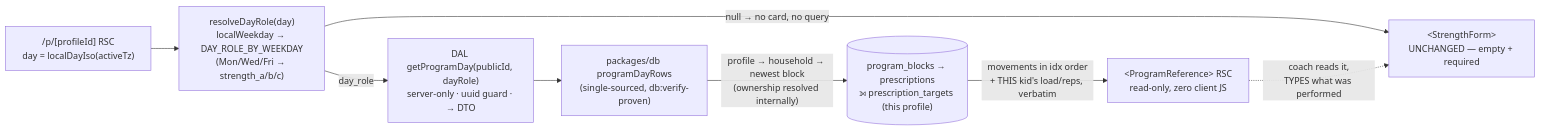
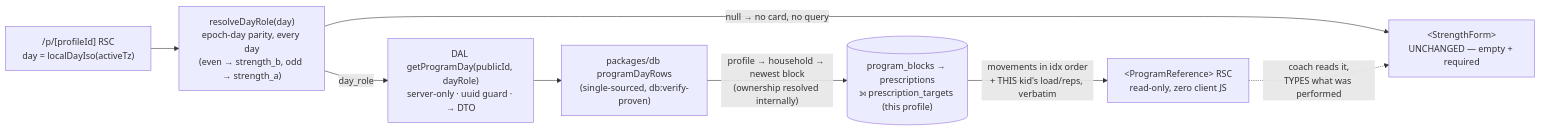
The fifth of 11 diagrams in docs/architecture.md (ralamode/mat-plan), drawn with Mermaid before and after one commit. The commit also changed other lines of this file and 8 other files, not shown here.

````diff
--- a/docs/architecture.md
+++ b/docs/architecture.md
@@ -141,18 +147,18 @@
 ```mermaid
 flowchart LR
   RSC["/p/[profileId] RSC<br/>day = localDayIso(activeTz)"]
-  SCHED["resolveDayRole(day)<br/>localWeekday → DAY_ROLE_BY_WEEKDAY<br/>(Mon/Wed/Fri → strength_a/b/c)"]
+  SCHED["resolveDayRole(day)<br/>epoch-day parity, every day<br/>(even → strength_b, odd → strength_a)"]
   DAL["DAL getProgramDay(publicId, dayRole)<br/>server-only · uuid guard · → DTO"]
   Q["packages/db programDayRows<br/>(single-sourced, db:verify-proven)"]
   DB[("program_blocks → prescriptions<br/>⟕ prescription_targets (this profile)")]
   CARD["&lt;ProgramReference&gt; RSC<br/>read-only, zero client JS"]
   FORM["&lt;StrengthForm&gt;<br/>UNCHANGED — empty + required"]
 
   RSC --> SCHED
   SCHED -->|"null → no card, no query"| FORM
   SCHED -->|"day_role"| DAL
   DAL --> Q
   Q -->|"profile → household → newest block<br/>(ownership resolved internally)"| DB
   DB -->|"movements in idx order<br/>+ THIS kid's load/reps, verbatim"| CARD
   CARD -.->|"coach reads it,<br/>TYPES what was performed"| FORM
 ```
````
